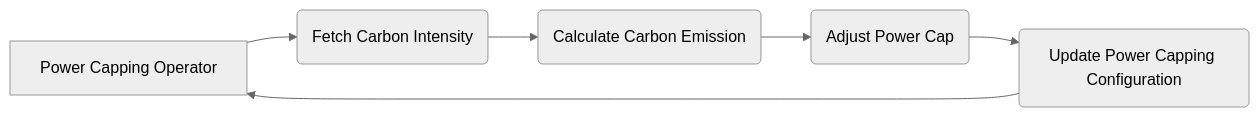
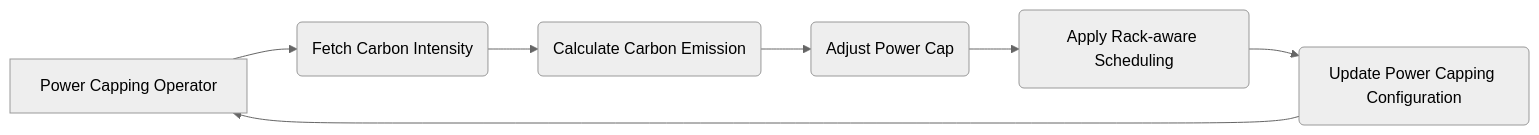
One commit to Climatik-Project/Climatik-Project changed the fourth of 11 diagrams in README.md. Above: the diagram before and after it, drawn with Mermaid (neutral theme). The commit also changed other lines of this file, not shown here.

Commit message:
update readme with rack aware algorithms

````diff
--- a/README.md
+++ b/README.md
@@ -324,8 +398,9 @@
 ```mermaid
 graph LR
 A[Power Capping Operator] --> B(Fetch Carbon Intensity)
 B --> C(Calculate Carbon Emission)
 C --> D(Adjust Power Cap)
-D --> E(Update Power Capping Configuration)
-E --> A
+D --> E(Apply Rack-aware Scheduling)
+E --> F(Update Power Capping Configuration)
+F --> A
 ```
````
